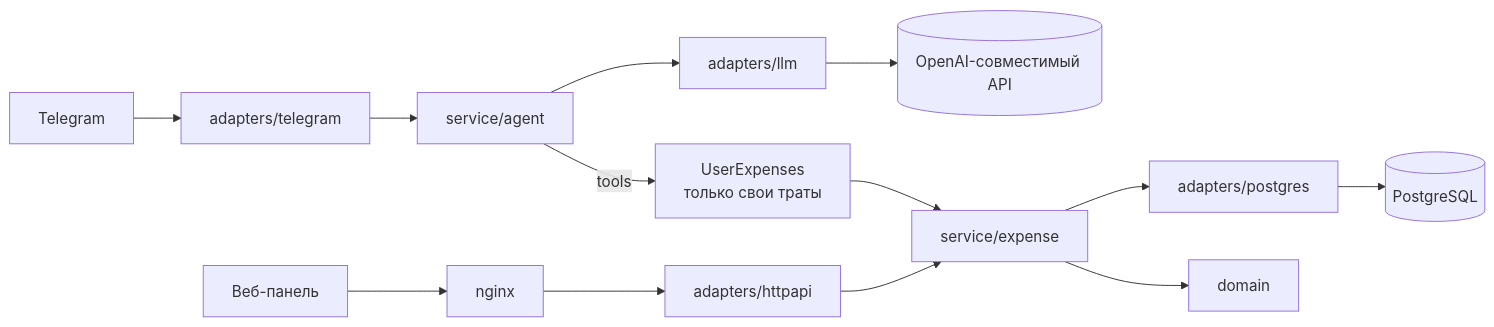
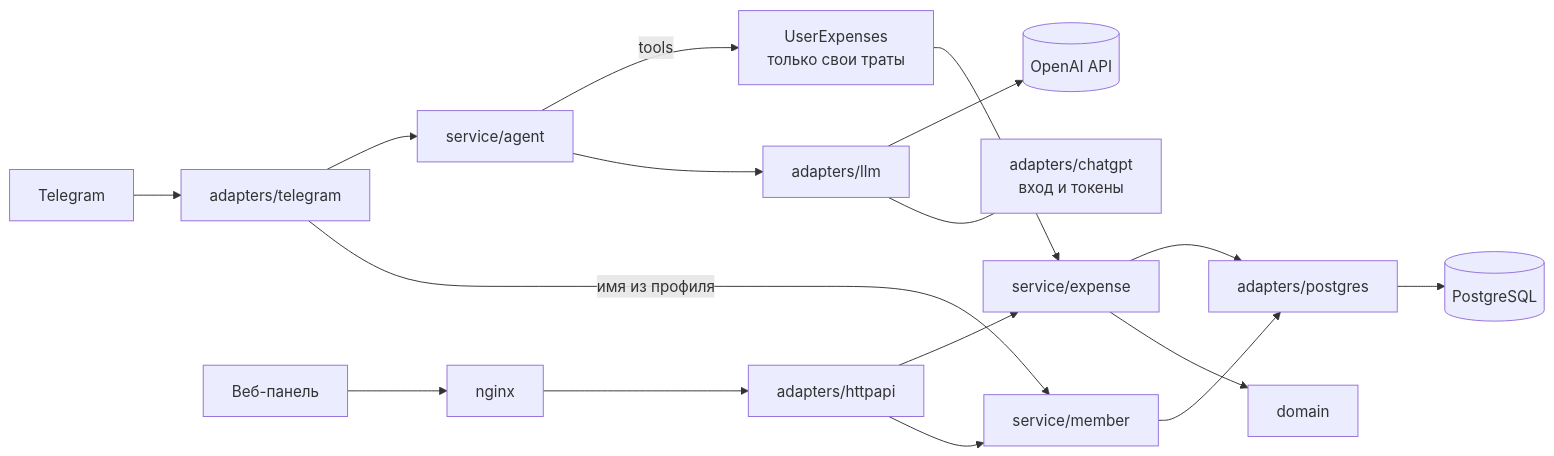
One commit to ValievM/family-expense-bot changed the diagram in README.md. Above: the diagram before and after it, drawn with Mermaid. The commit also changed other lines of this file and 12 other files, not shown here.

````diff
--- a/README.md
+++ b/README.md
@@ -115,12 +120,16 @@
 ```mermaid
 flowchart LR
     TG[Telegram] --> BOT[adapters/telegram]
     BOT --> AG[service/agent]
+    BOT -->|имя из профиля| MEM[service/member]
     AG -->|tools| UE[UserExpenses<br/>только свои траты]
-    AG --> LLM[adapters/llm] --> API[(OpenAI-совместимый API)]
+    AG --> LLM[adapters/llm] --> API[(OpenAI API)]
+    LLM --- CG[adapters/chatgpt<br/>вход и токены]
     PANEL[Веб-панель] --> NGINX[nginx] --> HTTP[adapters/httpapi]
     UE --> SVC[service/expense]
     HTTP --> SVC
+    HTTP --> MEM
     SVC --> REPO[adapters/postgres] --> DB[(PostgreSQL)]
+    MEM --> REPO
     SVC --> DOM[domain]
 ```
````
